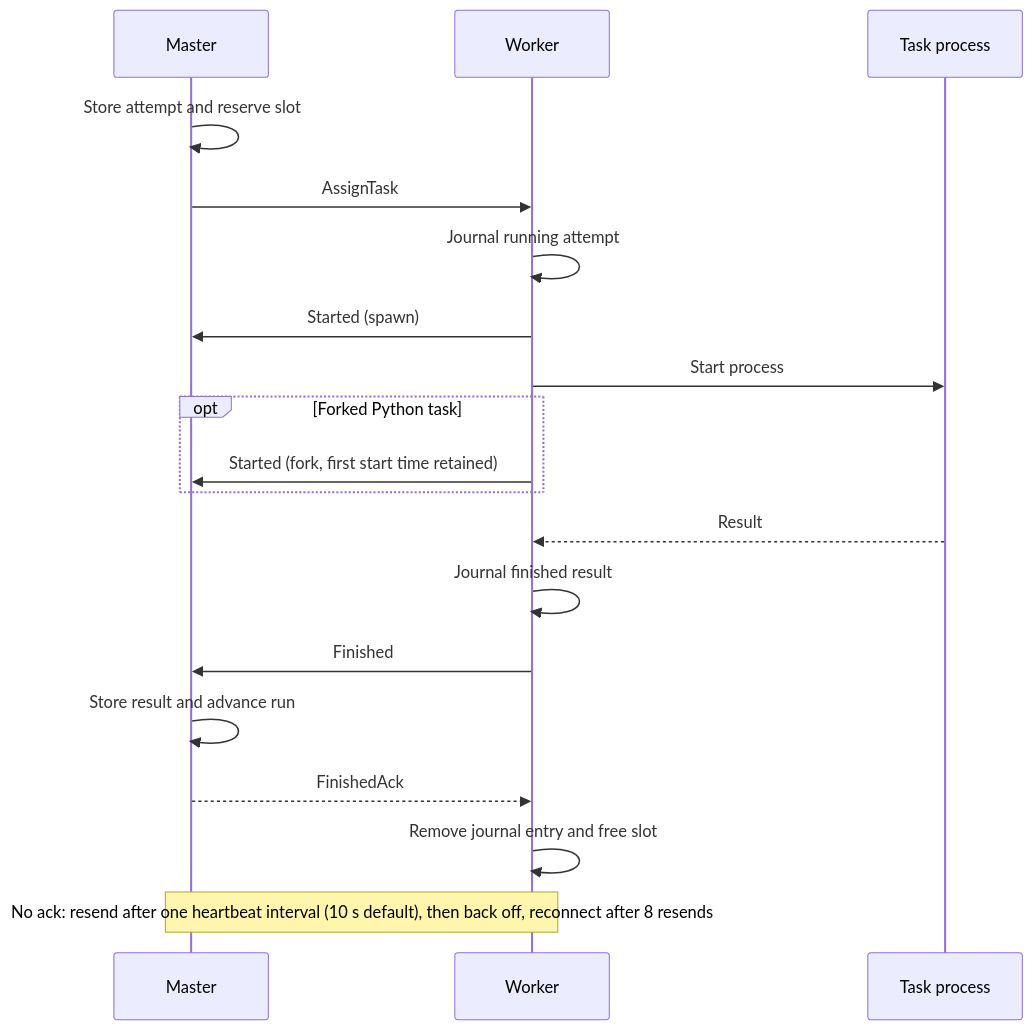
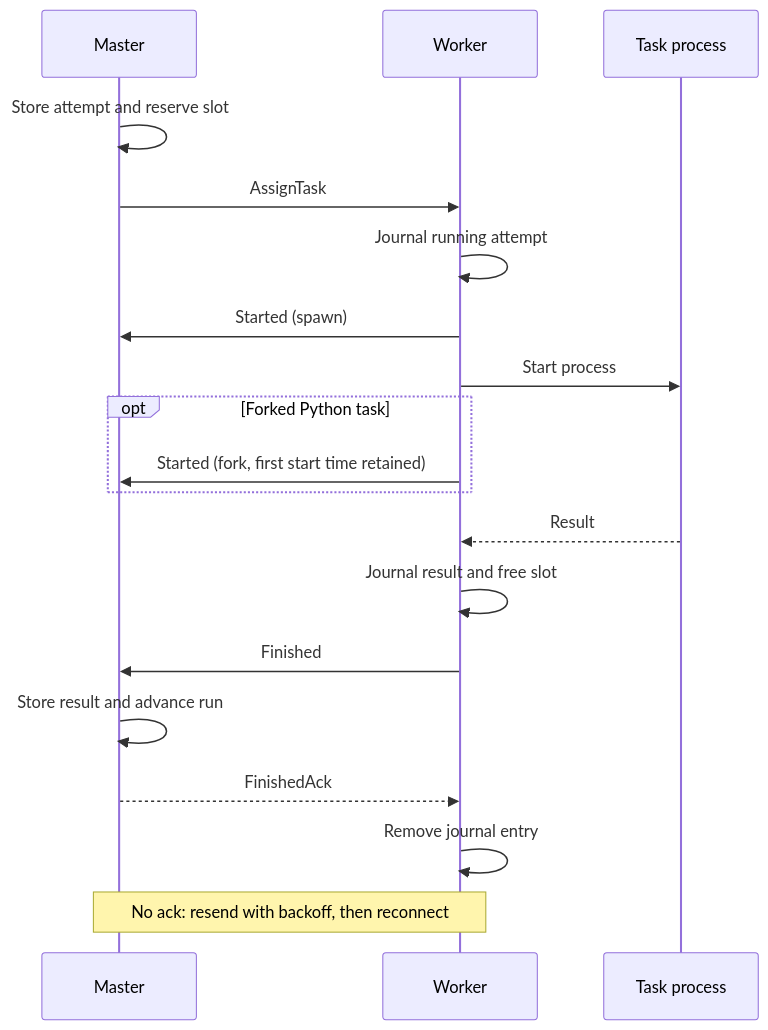
One commit to ptutak/schedr changed the third of 18 diagrams in docs/03-guide/15-protocol.md. Above: the diagram before and after it, drawn with Mermaid. The commit also changed other lines of this file and 8 other files, not shown here.

````diff
--- a/docs/03-guide/15-protocol.md
+++ b/docs/03-guide/15-protocol.md
@@ -71,21 +76,21 @@
 ```{mermaid}
 sequenceDiagram
     participant M as Master
     participant W as Worker
     participant P as Task process
     M->>M: Store attempt and reserve slot
     M->>W: AssignTask
     W->>W: Journal running attempt
     W->>M: Started (spawn)
     W->>P: Start process
     opt Forked Python task
         W->>M: Started (fork, first start time retained)
     end
     P-->>W: Result
-    W->>W: Journal finished result
+    W->>W: Journal result and free slot
     W->>M: Finished
     M->>M: Store result and advance run
     M-->>W: FinishedAck
-    W->>W: Remove journal entry and free slot
-    Note over W,M: No ack: resend after one heartbeat interval (10 s default), then back off, reconnect after 8 resends
+    W->>W: Remove journal entry
+    Note over W,M: No ack: resend with backoff, then reconnect
 ```
````
